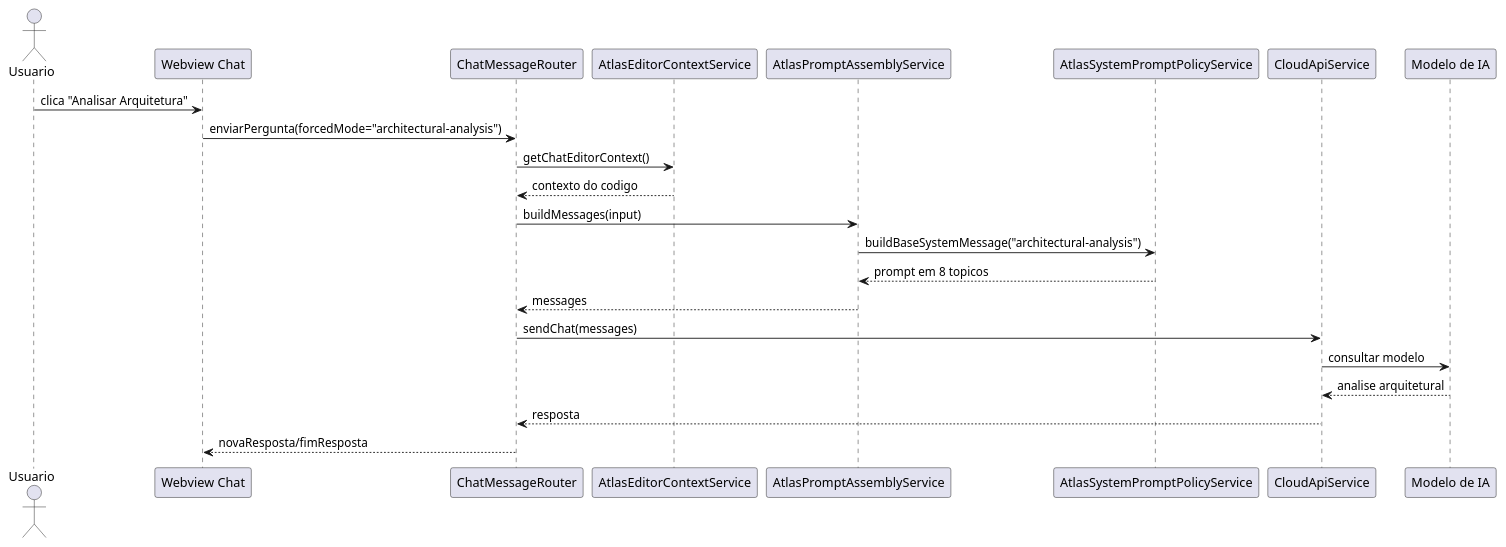
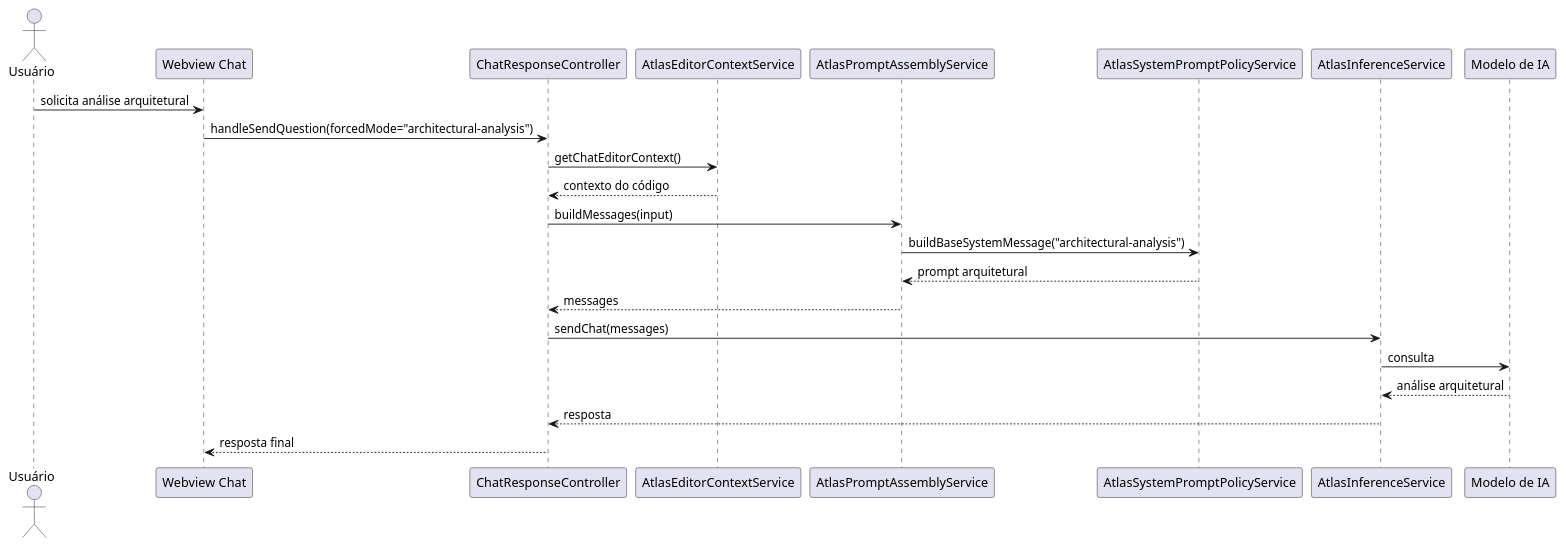
Before and after one commit to JVictorVI/ATLAS: the sixth of 38 diagrams in docs/plantuml-diagramas-por-caso-de-uso-atlas.md, drawn with PlantUML. The commit also changed other lines of this file and 5 other files, not shown here.

Commit message:
Atualiza diagramas e casos de uso

````diff
--- a/docs/plantuml-diagramas-por-caso-de-uso-atlas.md
+++ b/docs/plantuml-diagramas-por-caso-de-uso-atlas.md
@@ -181,27 +189,27 @@
 ```plantuml
 @startuml
 skinparam shadowing false
-actor Usuario
+actor Usuário
 participant "Webview Chat" as Webview
-participant ChatMessageRouter as Router
+participant ChatResponseController as Response
 participant AtlasEditorContextService as EditorContext
-participant AtlasPromptAssemblyService as PromptAssembly
-participant AtlasSystemPromptPolicyService as PromptPolicy
-participant CloudApiService as CloudApi
-participant "Modelo de IA" as ModeloIA
+participant AtlasPromptAssemblyService as Prompt
+participant AtlasSystemPromptPolicyService as Policy
+participant AtlasInferenceService as Inference
+participant "Modelo de IA" as Model
 
-Usuario -> Webview : clica "Analisar Arquitetura"
-Webview -> Router : enviarPergunta(forcedMode="architectural-analysis")
-Router -> EditorContext : getChatEditorContext()
-EditorContext --> Router : contexto do codigo
-Router -> PromptAssembly : buildMessages(input)
-PromptAssembly -> PromptPolicy : buildBaseSystemMessage("architectural-analysis")
-PromptPolicy --> PromptAssembly : prompt em 8 topicos
-PromptAssembly --> Router : messages
-Router -> CloudApi : sendChat(messages)
-CloudApi -> ModeloIA : consultar modelo
-ModeloIA --> CloudApi : analise arquitetural
-CloudApi --> Router : resposta
-Router --> Webview : novaResposta/fimResposta
+Usuário -> Webview : solicita análise arquitetural
+Webview -> Response : handleSendQuestion(forcedMode="architectural-analysis")
+Response -> EditorContext : getChatEditorContext()
+EditorContext --> Response : contexto do código
+Response -> Prompt : buildMessages(input)
+Prompt -> Policy : buildBaseSystemMessage("architectural-analysis")
+Policy --> Prompt : prompt arquitetural
+Prompt --> Response : messages
+Response -> Inference : sendChat(messages)
+Inference -> Model : consulta
+Model --> Inference : análise arquitetural
+Inference --> Response : resposta
+Response --> Webview : resposta final
 @enduml
 ```
````
